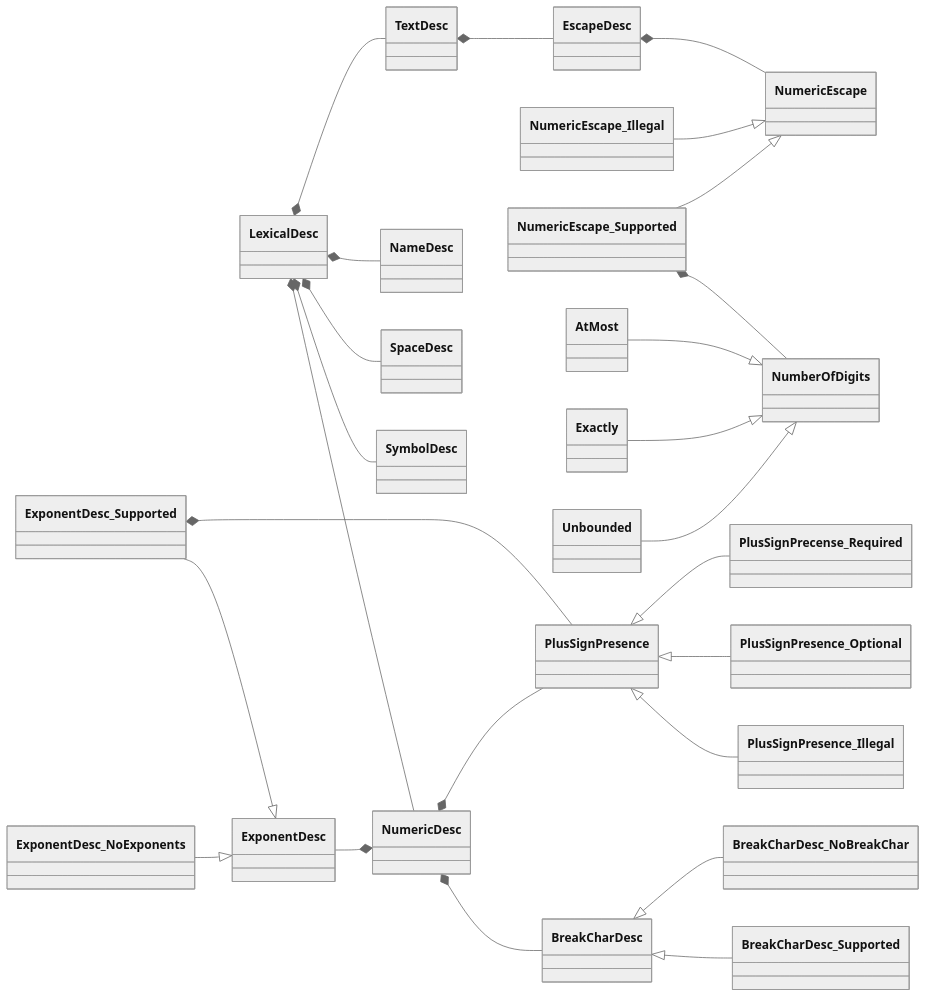
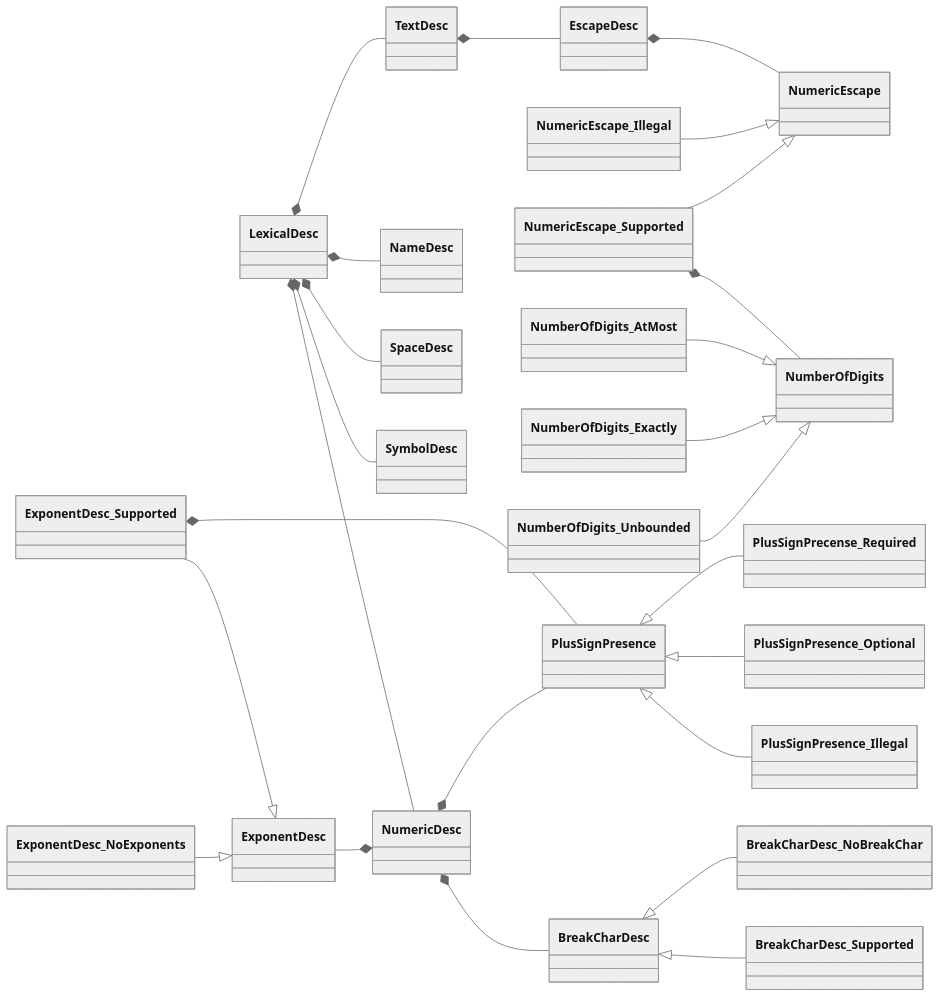
One commit to j-mie6/parsley changed the diagram in docs/api-guide/token/descriptions.md. Above: the diagram before and after it, drawn with Mermaid (neutral theme). The commit also changed other lines of this file and 4 other files, not shown here.

````diff
--- a/docs/api-guide/token/descriptions.md
+++ b/docs/api-guide/token/descriptions.md
@@ -9,35 +23,33 @@
 ```mermaid
 classDiagram
 direction LR
 
 LexicalDesc *-- NumericDesc
 LexicalDesc *-- NameDesc
 LexicalDesc *-- SpaceDesc
 LexicalDesc *-- SymbolDesc
 LexicalDesc *-- TextDesc
 
 TextDesc *-- EscapeDesc
 EscapeDesc *-- NumericEscape
 NumericEscape_Illegal --|> NumericEscape
 NumericEscape_Supported --|> NumericEscape
 NumericEscape_Supported *-- NumberOfDigits
-AtMost --|> NumberOfDigits
-Exactly --|> NumberOfDigits
-Unbounded --|> NumberOfDigits
+NumberOfDigits_AtMost --|> NumberOfDigits
+NumberOfDigits_Exactly --|> NumberOfDigits
+NumberOfDigits_Unbounded --|> NumberOfDigits
 
 ExponentDesc --* NumericDesc
 ExponentDesc_Supported --|> ExponentDesc
 ExponentDesc_NoExponents --|> ExponentDesc
 NumericDesc *-- BreakCharDesc
 ExponentDesc_Supported *-- PlusSignPresence
 
 BreakCharDesc <|-- BreakCharDesc_Supported
 BreakCharDesc <|-- BreakCharDesc_NoBreakChar
 
 PlusSignPresence <|-- PlusSignPresence_Illegal
 PlusSignPresence <|-- PlusSignPresence_Optional
 PlusSignPresence <|-- PlusSignPrecense_Required
 NumericDesc *-- PlusSignPresence
-
-
 ```
````
